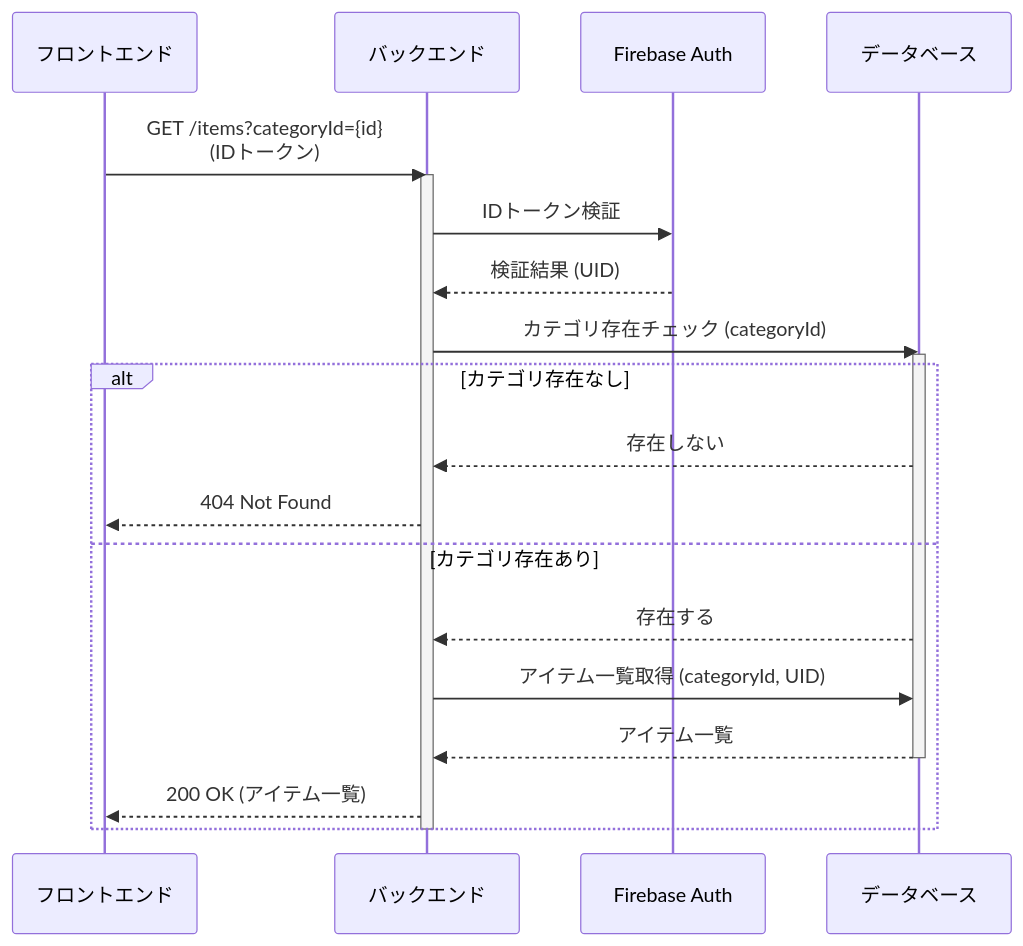
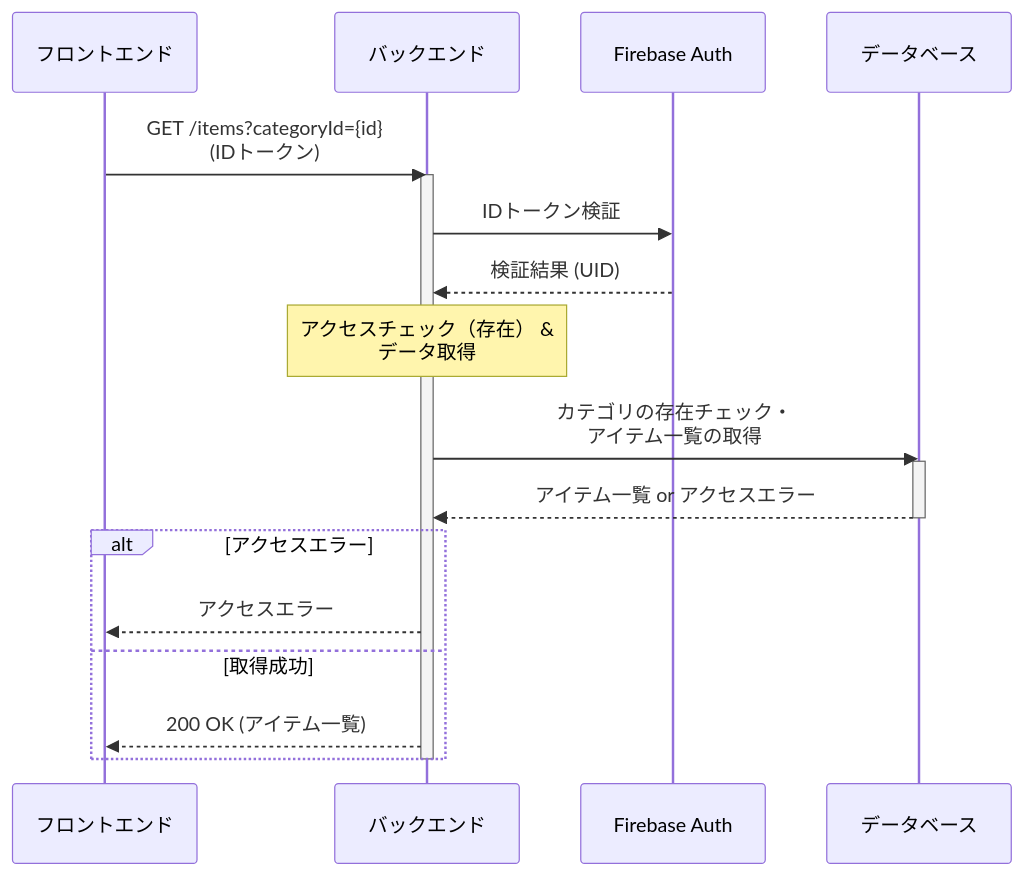
Before and after one commit to miki-hayashi-71/inventory-api: the sixth of 9 diagrams in doc/seaquence.md, drawn with Mermaid. The commit also changed other lines of this file, not shown here.

Commit message:
docs: Update sequence diagram

````diff
--- a/doc/seaquence.md
+++ b/doc/seaquence.md
@@ -144,29 +175,26 @@
 ```mermaid
 sequenceDiagram
     participant フロントエンド
     participant バックエンド
     participant Firebase Auth
     participant データベース
 
     フロントエンド->>バックエンド: GET /items?categoryId={id} <br> (IDトークン)
     activate バックエンド
     バックエンド->>Firebase Auth: IDトークン検証
     Firebase Auth-->>バックエンド: 検証結果 (UID)
 
-    バックエンド->>データベース: カテゴリ存在チェック (categoryId)
+    note over バックエンド: アクセスチェック（存在） & <br> データ取得
+    バックエンド->>データベース: カテゴリの存在チェック・<br>アイテム一覧の取得
     activate データベース
+    データベース-->>バックエンド: アイテム一覧 or アクセスエラー
+    deactivate データベース
 
-    alt カテゴリ存在なし
-        データベース-->>バックエンド: 存在しない
-        バックエンド-->>フロントエンド: 404 Not Found
-    else カテゴリ存在あり
-        データベース-->>バックエンド: 存在する
-        バックエンド->>データベース: アイテム一覧取得 (categoryId, UID)
-        データベース-->>バックエンド: アイテム一覧
-        deactivate データベース
+    alt アクセスエラー
+        バックエンド-->>フロントエンド: アクセスエラー
+    else 取得成功
         バックエンド-->>フロントエンド: 200 OK (アイテム一覧)
     end
     deactivate バックエンド
 
-
 ```
````
